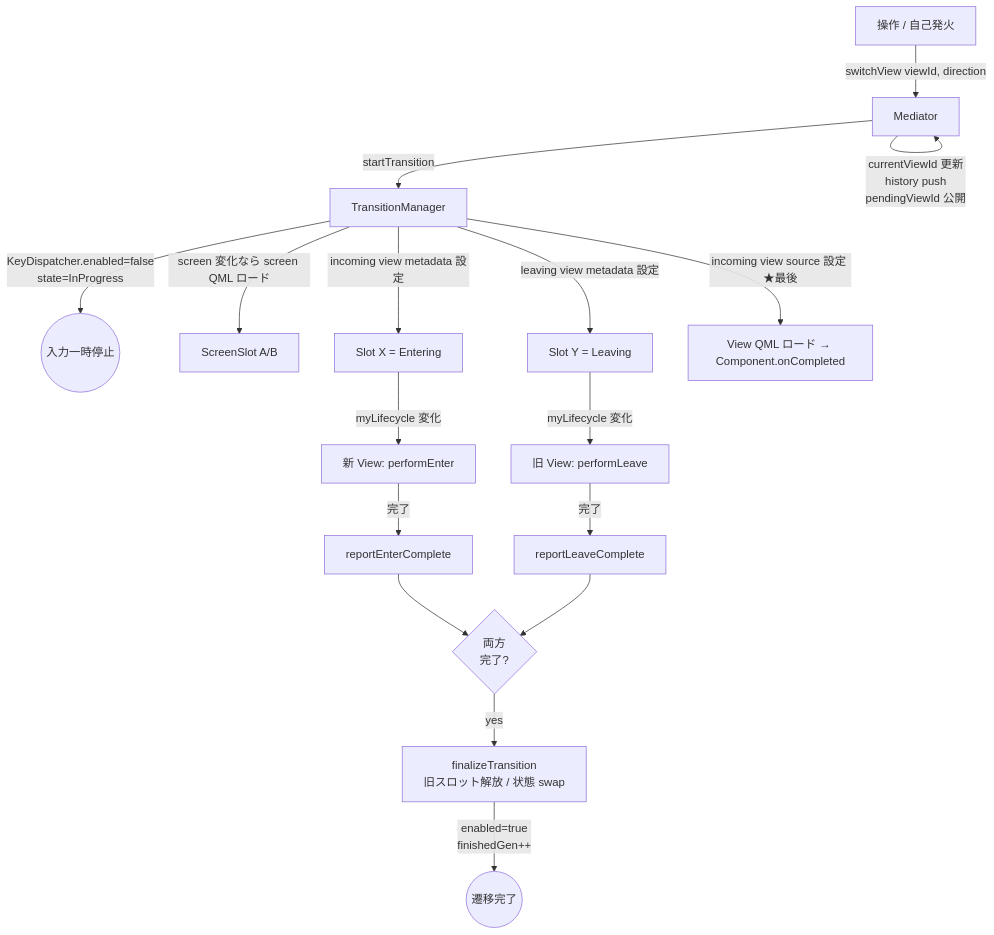
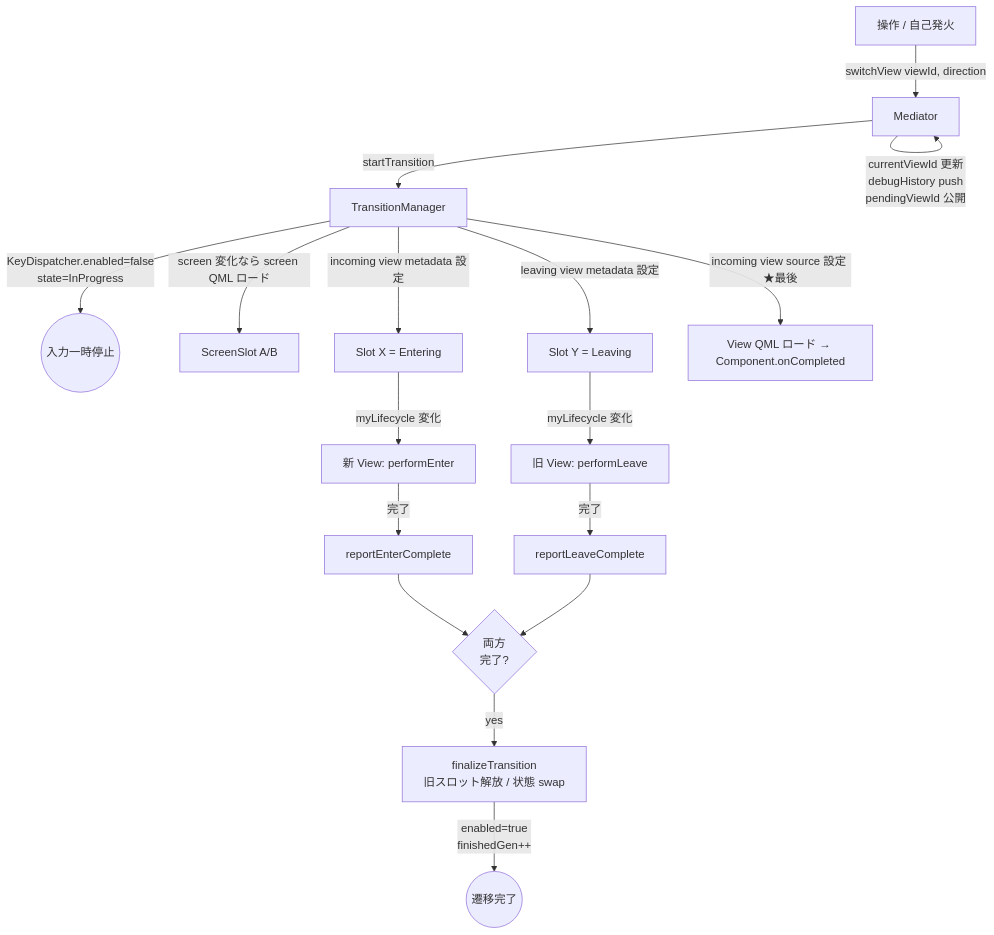
Before and after one commit to yuya-kadono/qul-loader-navigation-poc: the fourth of 11 diagrams in docs/flows.md, drawn with Mermaid. The commit also changed other lines of this file and 14 other files, not shown here.

````diff
--- a/docs/flows.md
+++ b/docs/flows.md
@@ -124,19 +124,19 @@
 ```mermaid
 flowchart TB
     Trig[操作 / 自己発火] -->|switchView viewId, direction| Med[Mediator]
-    Med -->|currentViewId 更新<br>history push<br>pendingViewId 公開| Med
+    Med -->|currentViewId 更新<br>debugHistory push<br>pendingViewId 公開| Med
     Med -->|startTransition| TM[TransitionManager]
     TM -->|KeyDispatcher.enabled=false<br>state=InProgress| Block((入力一時停止))
     TM -->|screen 変化なら screen QML ロード| SL[ScreenSlot A/B]
     TM -->|incoming view metadata 設定| MetaI[Slot X = Entering]
     TM -->|leaving view metadata 設定| MetaL[Slot Y = Leaving]
     TM -->|incoming view source 設定 ★最後| LoadV[View QML ロード → Component.onCompleted]
     MetaI -->|myLifecycle 変化| EnterV[新 View: performEnter]
     MetaL -->|myLifecycle 変化| LeaveV[旧 View: performLeave]
     EnterV -->|完了| RepE[reportEnterComplete]
     LeaveV -->|完了| RepL[reportLeaveComplete]
     RepE --> WaitBoth{両方<br>完了?}
     RepL --> WaitBoth
     WaitBoth -->|yes| Final[finalizeTransition<br>旧スロット解放 / 状態 swap]
     Final -->|enabled=true<br>finishedGen++| Done((遷移完了))
 ```
````
